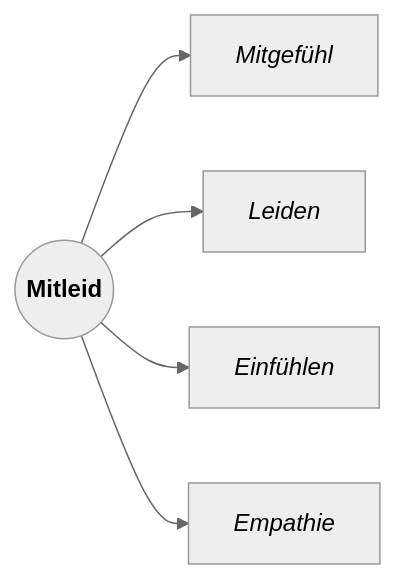
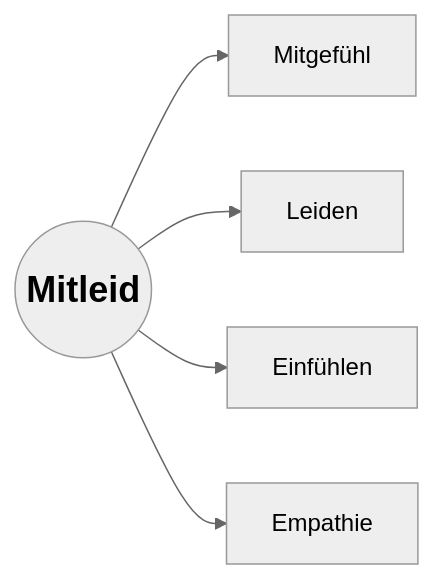
One commit to Kiyotoko/vault-sek2 changed the third of 4 diagrams in Abi 2024/Ethik/Tasks.md. Above: the diagram before and after it, drawn with Mermaid (neutral theme). The commit also changed 1 other file, not shown here.

Commit message:
vault backup: 2023-03-08 13:02:57

```diff
--- a/Abi 2024/Ethik/Tasks.md
+++ b/Abi 2024/Ethik/Tasks.md
@@ -97,8 +97,8 @@
 ~~~mermaid
 graph LR
-	Z((<b>Mitleid<b>))
-	Z-->A[<i>Mitgefühl<i>]
-	Z-->B[<i>Leiden<i>]
-	Z-->C[<i>Einfühlen<i>]
-	Z-->D[<i>Empathie<i>]
+	Z((<h2>Mitleid<h2>))
+	Z-->A[Mitgefühl]
+	Z-->B[Leiden]
+	Z-->C[Einfühlen]
+	Z-->D[Empathie]
 ~~~
```
